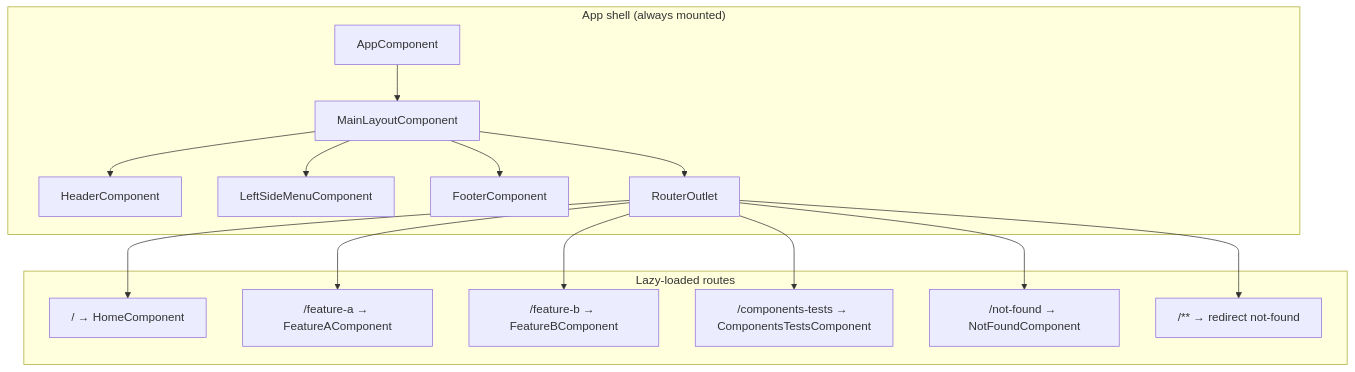
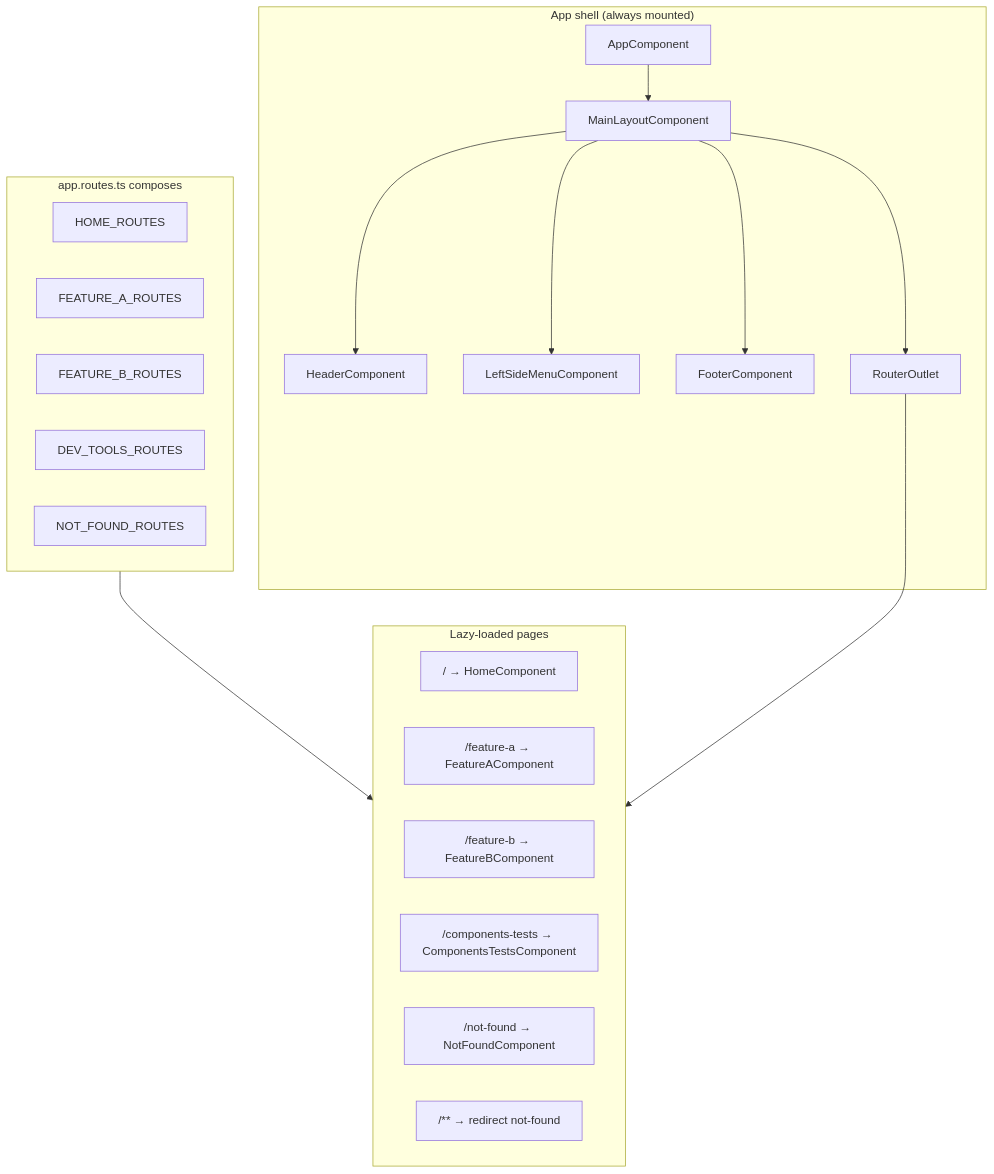
One commit to lkovari/angular-seed changed the fifth of 9 diagrams in README.md. Above: the diagram before and after it, drawn with Mermaid. The commit also changed other lines of this file and 111 other files, not shown here.

Commit message:
Upgrade to v22 turn architecture to vertical sliced

````diff
--- a/README.md
+++ b/README.md
@@ -130,32 +186,36 @@
 ```mermaid
 flowchart TD
   subgraph shell["App shell (always mounted)"]
     AC["AppComponent"]
     ML["MainLayoutComponent"]
     H["HeaderComponent"]
     LSM["LeftSideMenuComponent"]
     F["FooterComponent"]
     RO["RouterOutlet"]
   end
 
-  subgraph routes["Lazy-loaded routes"]
+  subgraph compose["app.routes.ts composes"]
+    homeR["HOME_ROUTES"]
+    faR["FEATURE_A_ROUTES"]
+    fbR["FEATURE_B_ROUTES"]
+    devR["DEV_TOOLS_ROUTES"]
+    nfR["NOT_FOUND_ROUTES"]
+  end
+
+  subgraph lazyPages["Lazy-loaded pages"]
     home["/ → HomeComponent"]
     fa["/feature-a → FeatureAComponent"]
     fb["/feature-b → FeatureBComponent"]
     tests["/components-tests → ComponentsTestsComponent"]
     nf["/not-found → NotFoundComponent"]
     wild["/** → redirect not-found"]
   end
 
   AC --> ML
   ML --> H
   ML --> LSM
   ML --> F
   ML --> RO
-  RO --> home
-  RO --> fa
-  RO --> fb
-  RO --> tests
-  RO --> nf
-  RO --> wild
+  compose --> lazyPages
+  RO --> lazyPages
 ```
````
